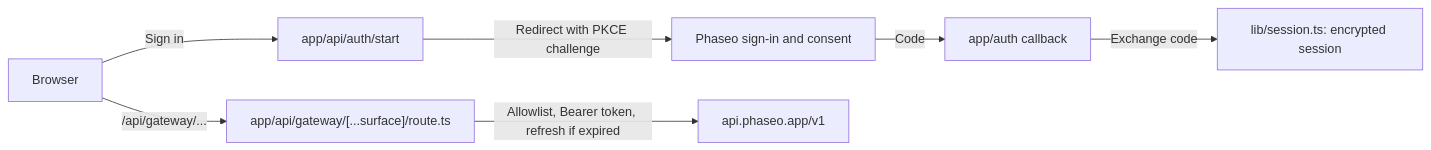
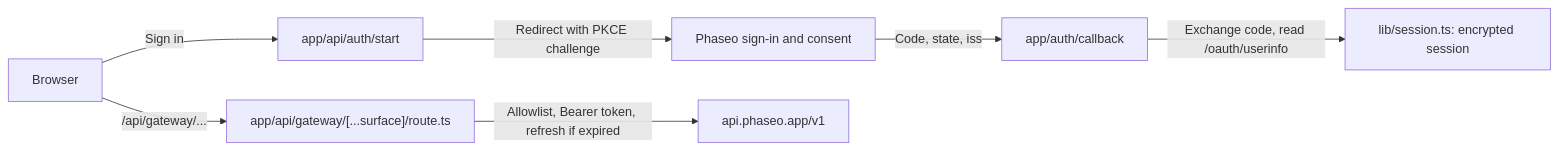
One commit to phaseoteam/Phaseo changed the diagram in apps/docs/v1/cookbook/build-an-oauth-nextjs-workbench.mdx. Above: the diagram before and after it, drawn with Mermaid. The commit also changed other lines of this file and 9 other files, not shown here.

````diff
--- a/apps/docs/v1/cookbook/build-an-oauth-nextjs-workbench.mdx
+++ b/apps/docs/v1/cookbook/build-an-oauth-nextjs-workbench.mdx
@@ -46,9 +46,9 @@
 ```mermaid
 flowchart LR
   browser["Browser"] -->|"Sign in"| start["app/api/auth/start"]
   start -->|"Redirect with PKCE challenge"| authz["Phaseo sign-in and consent"]
-  authz -->|"Code"| cb["app/auth callback"]
-  cb -->|"Exchange code"| sess["lib/session.ts: encrypted session"]
+  authz -->|"Code, state, iss"| cb["app/auth/callback"]
+  cb -->|"Exchange code, read /oauth/userinfo"| sess["lib/session.ts: encrypted session"]
   browser -->|"/api/gateway/..."| proxy["app/api/gateway/[...surface]/route.ts"]
   proxy -->|"Allowlist, Bearer token, refresh if expired"| gw["api.phaseo.app/v1"]
 ```
````
